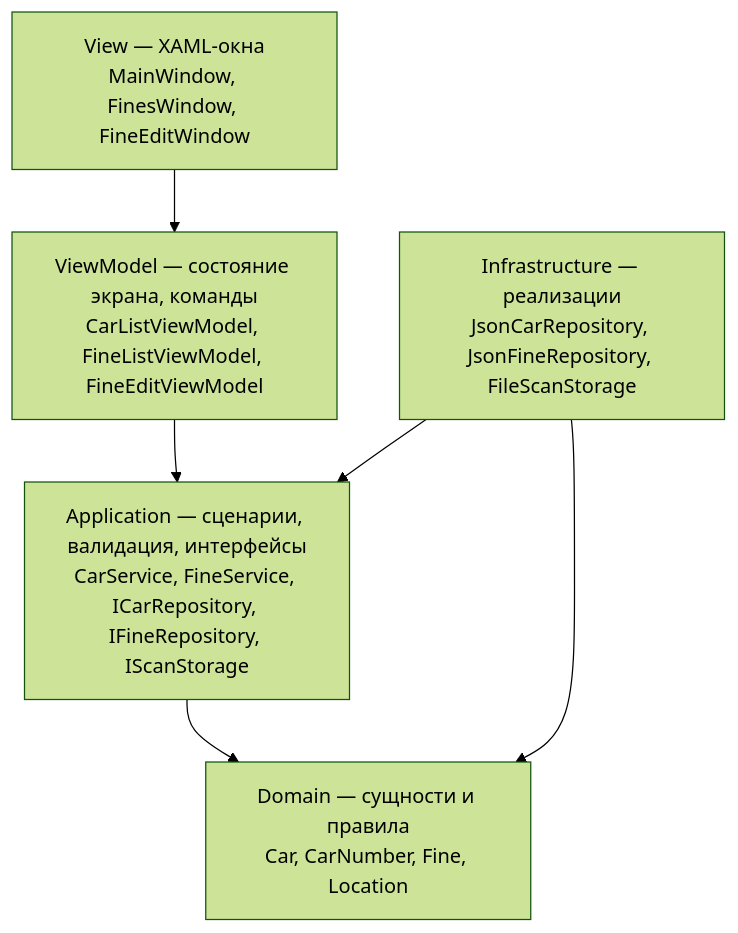
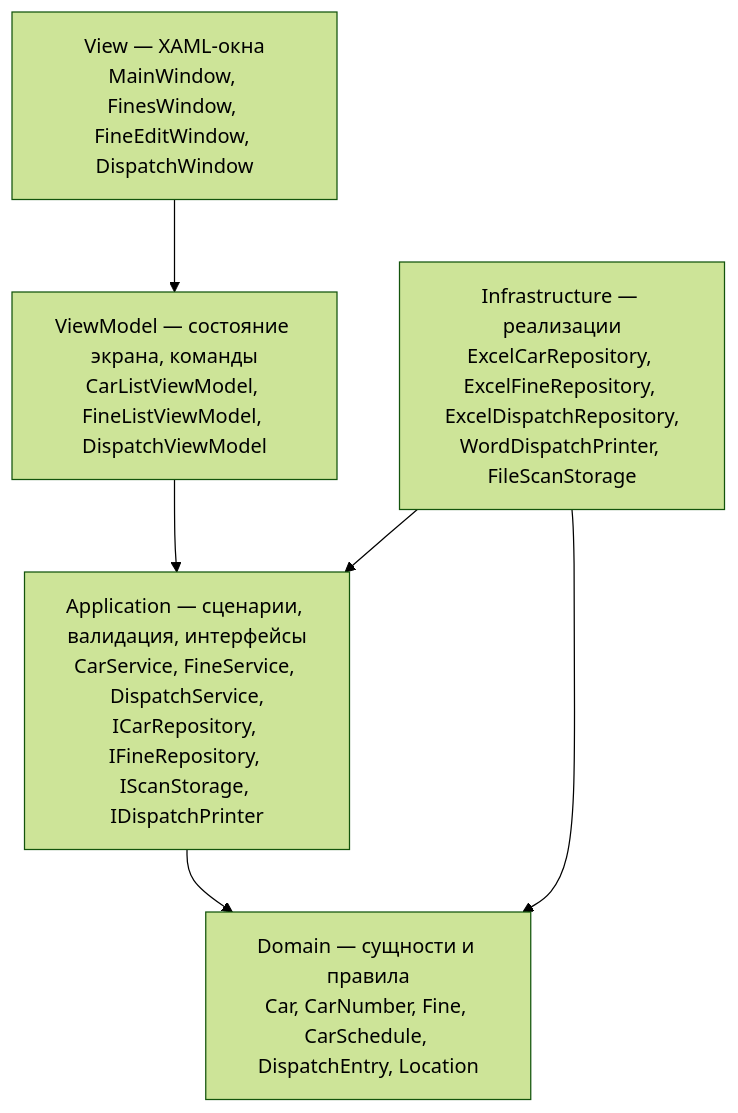
The second of 2 diagrams in docs/DESIGN.md (Rudzeris/ParkApp), drawn with Mermaid (forest theme) before and after one commit. The commit also changed other lines of this file and 31 other files, not shown here.

````diff
--- a/docs/DESIGN.md
+++ b/docs/DESIGN.md
@@ -380,14 +348,14 @@
 ```mermaid
 graph TD
-    V["View — XAML-окна<br/>MainWindow, FinesWindow, FineEditWindow"]
-    VM["ViewModel — состояние экрана, команды<br/>CarListViewModel, FineListViewModel, FineEditViewModel"]
-    A["Application — сценарии, валидация, интерфейсы<br/>CarService, FineService, ICarRepository, IFineRepository, IScanStorage"]
-    D["Domain — сущности и правила<br/>Car, CarNumber, Fine, Location"]
-    I["Infrastructure — реализации<br/>JsonCarRepository, JsonFineRepository, FileScanStorage"]
+    V["View — XAML-окна<br/>MainWindow, FinesWindow, FineEditWindow, DispatchWindow"]
+    VM["ViewModel — состояние экрана, команды<br/>CarListViewModel, FineListViewModel, DispatchViewModel"]
+    A["Application — сценарии, валидация, интерфейсы<br/>CarService, FineService, DispatchService,<br/>ICarRepository, IFineRepository, IScanStorage, IDispatchPrinter"]
+    D["Domain — сущности и правила<br/>Car, CarNumber, Fine, CarSchedule, DispatchEntry, Location"]
+    I["Infrastructure — реализации<br/>ExcelCarRepository, ExcelFineRepository, ExcelDispatchRepository,<br/>WordDispatchPrinter, FileScanStorage"]
 
     V --> VM
     VM --> A
     A --> D
     I --> A
     I --> D
 ```
````
